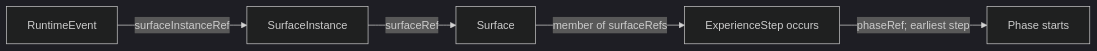
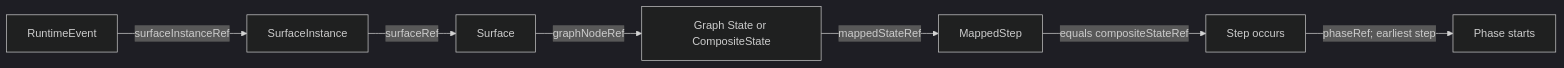
One commit to Bang2985/spec-ujg changed the third of 3 diagrams in specs/ed/mapping/index.md. Above: the diagram before and after it, drawn with Mermaid (dark theme). The commit also changed other lines of this file and 92 other files, not shown here.

````diff
--- a/specs/ed/mapping/index.md
+++ b/specs/ed/mapping/index.md
@@ -237,7 +241,9 @@
 ```mermaid
 flowchart LR
   E[RuntimeEvent] -->|surfaceInstanceRef| SI[SurfaceInstance]
   SI -->|surfaceRef| S[Surface]
-  S -->|member of surfaceRefs| ES[ExperienceStep occurs]
+  S -->|graphNodeRef| G[Graph State or CompositeState]
+  G -->|mappedStateRef| MS[MappedStep]
+  MS -->|equals compositeStateRef| ES[Step occurs]
   ES -->|phaseRef; earliest step| P[Phase starts]
 ```
````
